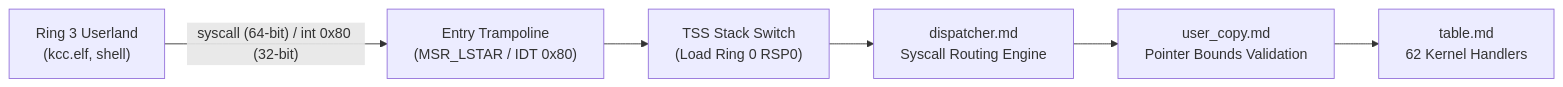
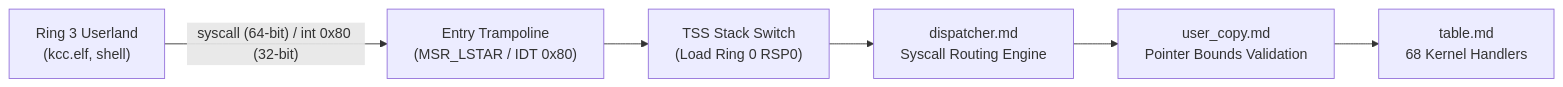
Before and after one commit to mrvlous/keira: the diagram in docs/syscall/README.md, drawn with Mermaid. The commit also changed 19 other files, not shown here.

````diff
--- a/docs/syscall/README.md
+++ b/docs/syscall/README.md
@@ -11,8 +11,8 @@
 ```mermaid
 graph LR
     User["Ring 3 Userland<br/>(kcc.elf, shell)"] -->|"syscall (64-bit) / int 0x80 (32-bit)"| Entry["Entry Trampoline<br/>(MSR_LSTAR / IDT 0x80)"]
     Entry --> TSS["TSS Stack Switch<br/>(Load Ring 0 RSP0)"]
     TSS --> Dispatch["dispatcher.md<br/>Syscall Routing Engine"]
     Dispatch --> Valid["user_copy.md<br/>Pointer Bounds Validation"]
-    Valid --> Table["table.md<br/>62 Kernel Handlers"]
+    Valid --> Table["table.md<br/>68 Kernel Handlers"]
 ```
````
